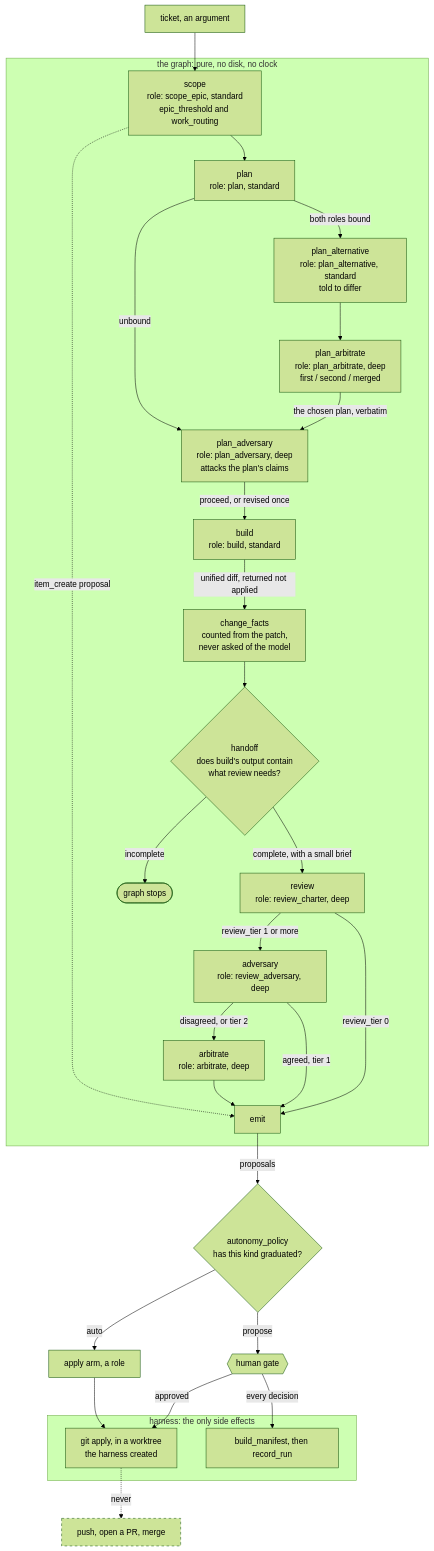
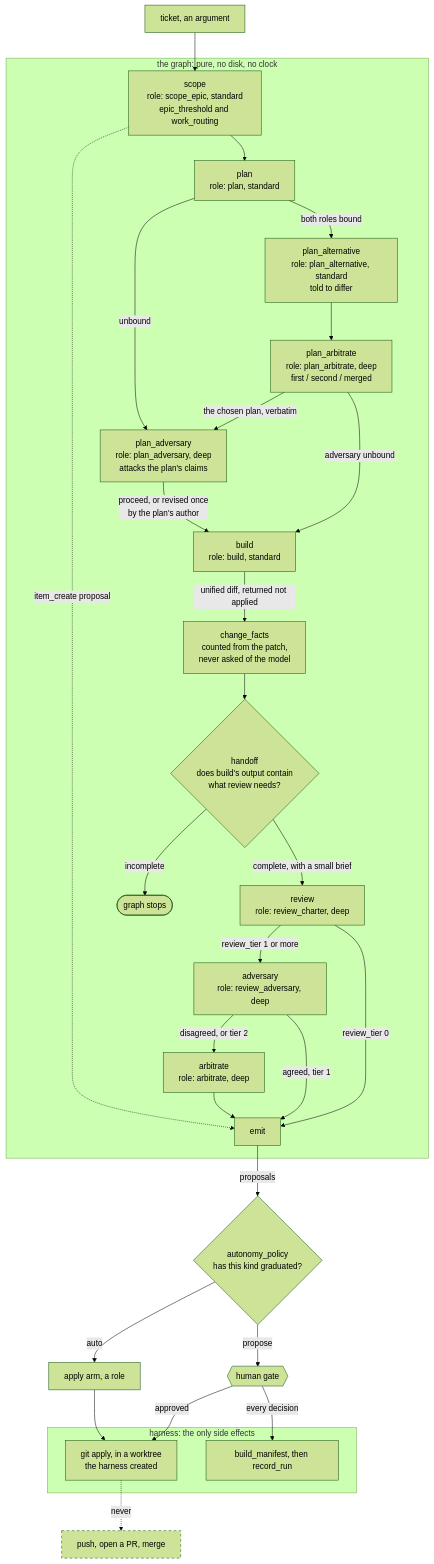
Before and after one commit to ppfenning/agent-graphs: the diagram in graphs/delivery/lifecycle-propose.md, drawn with Mermaid (forest theme). The commit also changed other lines of this file and 2 other files, not shown here.

First line of the commit message:
lifecycle: a pick needs no plan from the arbiter; a merge without one stops the graph

````diff
--- a/graphs/delivery/lifecycle-propose.md
+++ b/graphs/delivery/lifecycle-propose.md
@@ -31,54 +31,55 @@
 ```mermaid
 flowchart TB
     TICKET["ticket, an argument"] --> SCOPE
 
     subgraph GRAPH["the graph: pure, no disk, no clock"]
         SCOPE["scope<br/>role: scope_epic, standard<br/>epic_threshold and work_routing"]
         PLAN["plan<br/>role: plan, standard"]
         ALT["plan_alternative<br/>role: plan_alternative, standard<br/>told to differ"]
         PARB["plan_arbitrate<br/>role: plan_arbitrate, deep<br/>first / second / merged"]
         PADV["plan_adversary<br/>role: plan_adversary, deep<br/>attacks the plan's claims"]
         BUILD["build<br/>role: build, standard"]
         FACTS["change_facts<br/>counted from the patch,<br/>never asked of the model"]
         HANDOFF{"handoff<br/>does build's output contain<br/>what review needs?"}
         REVIEW["review<br/>role: review_charter, deep"]
         ADV["adversary<br/>role: review_adversary, deep"]
         ARB["arbitrate<br/>role: arbitrate, deep"]
         EMIT["emit"]
         STOP(["graph stops"])
 
         SCOPE --> PLAN
         PLAN -- "both roles bound" --> ALT
         ALT --> PARB
         PARB -- "the chosen plan, verbatim" --> PADV
+        PARB -- "adversary unbound" --> BUILD
         PLAN -- "unbound" --> PADV
-        PADV -- "proceed, or revised once" --> BUILD
+        PADV -- "proceed, or revised once<br/>by the plan's author" --> BUILD
         BUILD -- "unified diff, returned not applied" --> FACTS
         FACTS --> HANDOFF
         HANDOFF -- "incomplete" --> STOP
         HANDOFF -- "complete, with a small brief" --> REVIEW
         REVIEW -- "review_tier 0" --> EMIT
         REVIEW -- "review_tier 1 or more" --> ADV
         ADV -- "agreed, tier 1" --> EMIT
         ADV -- "disagreed, or tier 2" --> ARB
         ARB --> EMIT
         SCOPE -. "item_create proposal" .-> EMIT
     end
 
     EMIT -- "proposals" --> POLICY{"autonomy_policy<br/>has this kind graduated?"}
     POLICY -- "propose" --> GATE{{"human gate"}}
     POLICY -- "auto" --> ARM["apply arm, a role"]
 
     subgraph HARNESS["harness: the only side effects"]
         APPLY["git apply, in a worktree<br/>the harness created"]
         RECORD["build_manifest, then record_run"]
     end
 
     GATE -- "approved" --> APPLY
     ARM --> APPLY
     GATE -- "every decision" --> RECORD
 
     APPLY -. "never" .-> PUSH["push, open a PR, merge"]
 
     style PUSH stroke-dasharray: 5 5
 ```
````
